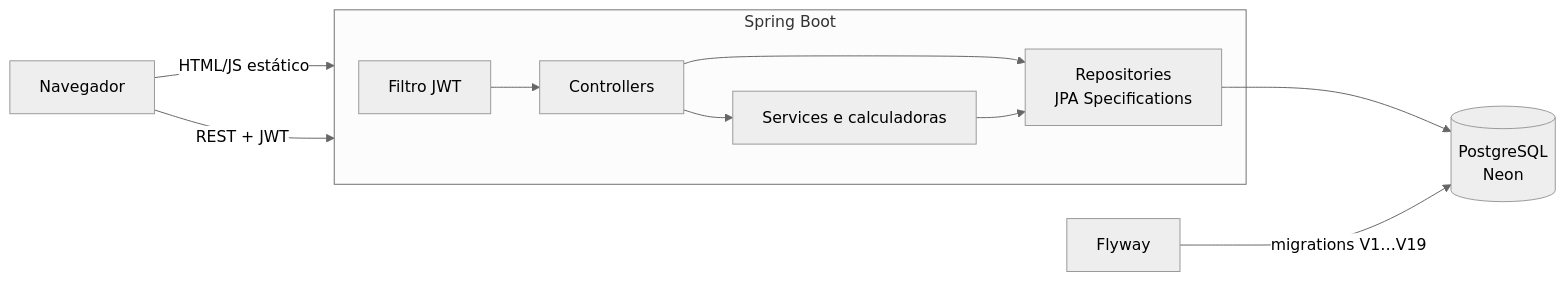
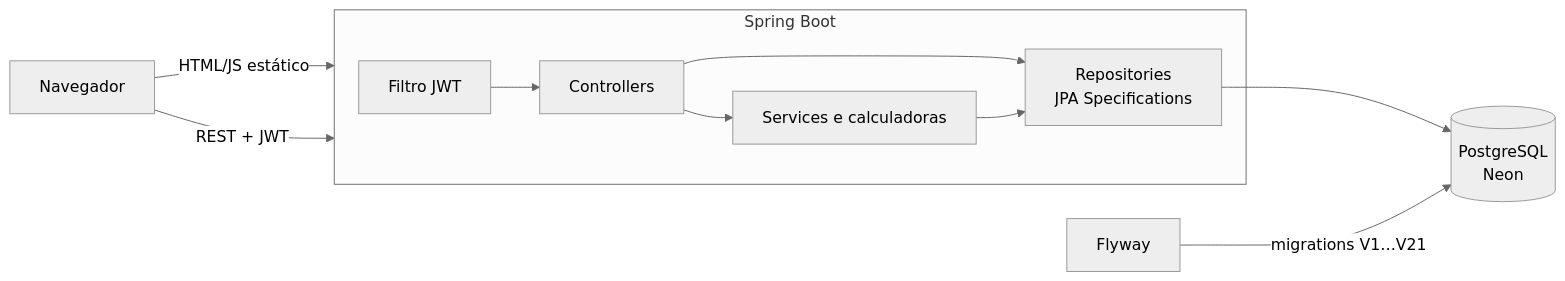
Before and after one commit to gustavoromanno/concursos-platform: the first of 3 diagrams in README.md, drawn with Mermaid (neutral theme). The commit also changed other lines of this file and 48 other files, not shown here.

````diff
--- a/README.md
+++ b/README.md
@@ -91,13 +97,13 @@
 ```mermaid
 flowchart LR
     U[Navegador] -->|HTML/JS estático| S
     U -->|REST + JWT| S
     subgraph S[Spring Boot]
         F[Filtro JWT] --> C[Controllers]
         C --> SV[Services e calculadoras]
         C --> R[Repositories<br/>JPA Specifications]
         SV --> R
     end
     R --> DB[(PostgreSQL<br/>Neon)]
-    FW[Flyway] -->|migrations V1…V19| DB
+    FW[Flyway] -->|migrations V1…V21| DB
 ```
````
